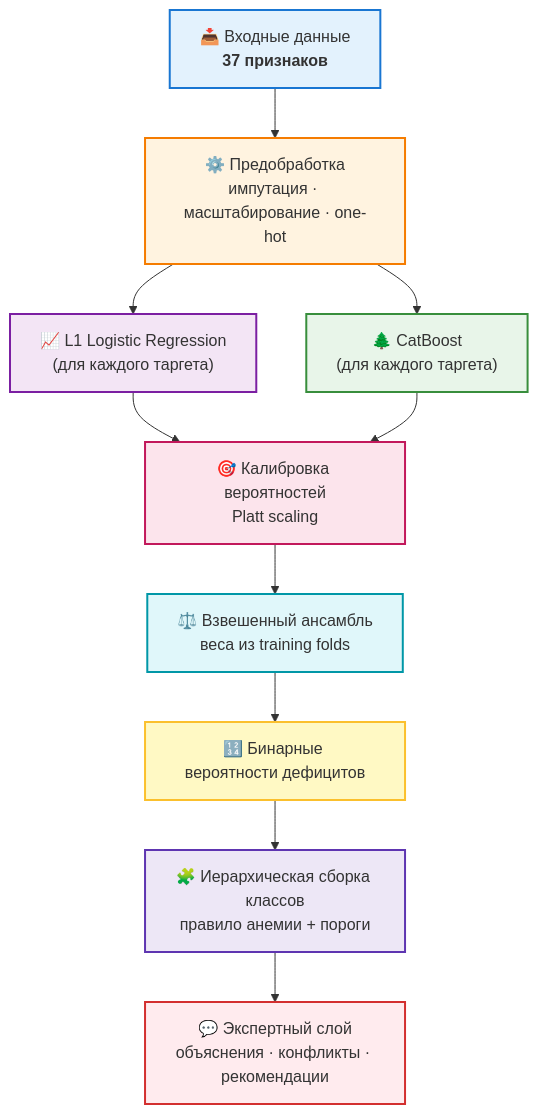
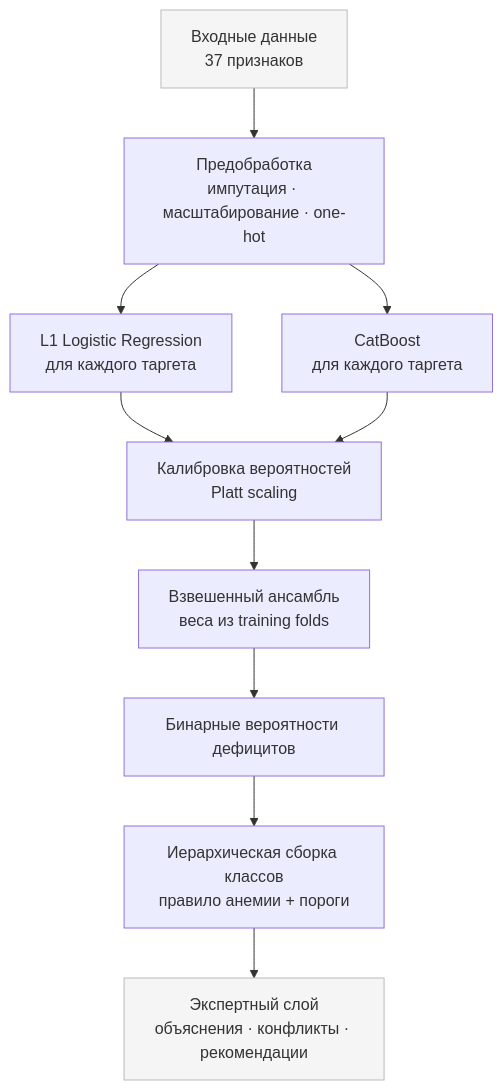
The diagram in docs/model_card.md (MaKudinets/Meditron_2026_Case_3), drawn with Mermaid before and after one commit.

````diff
--- a/docs/model_card.md
+++ b/docs/model_card.md
@@ -72,25 +74,15 @@
 ```mermaid
 flowchart TD
-    A["📥 Входные данные<br/><b>37 признаков</b>"] --> B["⚙️ Предобработка<br/>импутация · масштабирование · one-hot"]
+    A["Входные данные<br/>37 признаков"] --> B["Предобработка<br/>импутация · масштабирование · one-hot"]
+    B --> C1["L1 Logistic Regression<br/>для каждого таргета"]
+    B --> C2["CatBoost<br/>для каждого таргета"]
+    C1 --> D["Калибровка вероятностей<br/>Platt scaling"]
+    C2 --> D
+    D --> E["Взвешенный ансамбль<br/>веса из training folds"]
+    E --> F["Бинарные вероятности дефицитов"]
+    F --> G["Иерархическая сборка классов<br/>правило анемии + пороги"]
+    G --> H["Экспертный слой<br/>объяснения · конфликты · рекомендации"]
 
-    B --> C1["📈 L1 Logistic Regression<br/>(для каждого таргета)"]
-    B --> C2["🌲 CatBoost<br/>(для каждого таргета)"]
-
-    C1 --> D["🎯 Калибровка вероятностей<br/>Platt scaling"]
-    C2 --> D
-
-    D --> E["⚖️ Взвешенный ансамбль<br/>веса из training folds"]
-    E --> F["🔢 Бинарные вероятности дефицитов"]
-    F --> G["🧩 Иерархическая сборка классов<br/>правило анемии + пороги"]
-    G --> H["💬 Экспертный слой<br/>объяснения · конфликты · рекомендации"]
-
-    style A fill:#e3f2fd,stroke:#1976d2,stroke-width:2px
-    style B fill:#fff3e0,stroke:#f57c00,stroke-width:2px
-    style C1 fill:#f3e5f5,stroke:#7b1fa2,stroke-width:2px
-    style C2 fill:#e8f5e9,stroke:#388e3c,stroke-width:2px
-    style D fill:#fce4ec,stroke:#c2185b,stroke-width:2px
-    style E fill:#e0f7fa,stroke:#0097a7,stroke-width:2px
-    style F fill:#fff9c4,stroke:#fbc02d,stroke-width:2px
-    style G fill:#ede7f6,stroke:#5e35b1,stroke-width:2px
-    style H fill:#ffebee,stroke:#d32f2f,stroke-width:2px
+    classDef io fill:#f5f5f5,stroke:#bbb,stroke-width:1px;
+    class A,H io;
 ```
````
